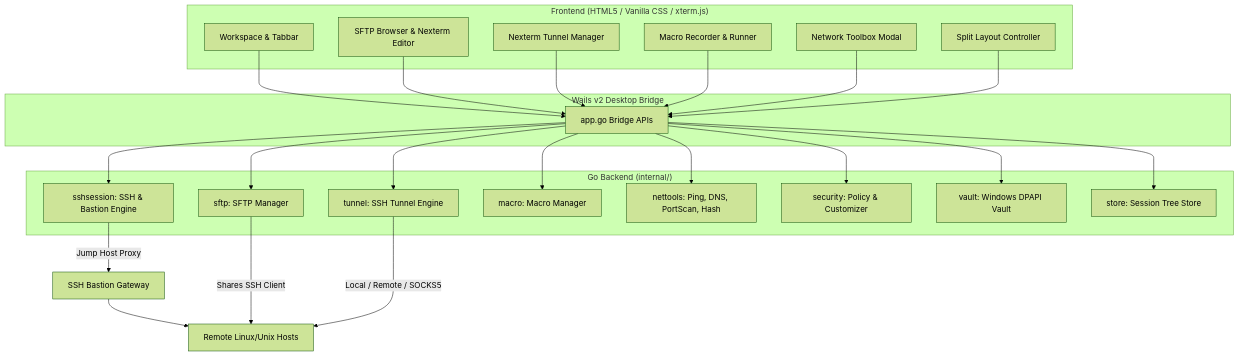
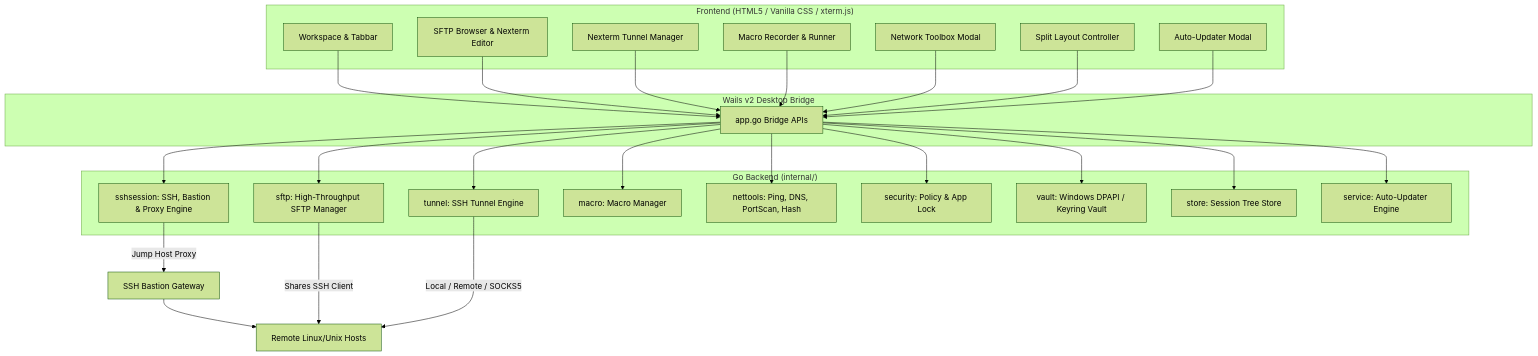
Before and after one commit to kunal-live/NexTerm: the diagram in README.md, drawn with Mermaid (forest theme). The commit also changed other lines of this file and 4 other files, not shown here.

````diff
--- a/README.md
+++ b/README.md
@@ -180,47 +210,51 @@
 ```mermaid
 graph TD
     subgraph Frontend ["Frontend (HTML5 / Vanilla CSS / xterm.js)"]
         UI[Workspace & Tabbar]
         SFTPUI[SFTP Browser & Nexterm Editor]
         TunnelUI[Nexterm Tunnel Manager]
         MacroUI[Macro Recorder & Runner]
         ToolsUI[Network Toolbox Modal]
         SplitMgr[Split Layout Controller]
+        UpdaterUI[Auto-Updater Modal]
     end
 
     subgraph Wails ["Wails v2 Desktop Bridge"]
         Bridge[app.go Bridge APIs]
     end
 
     subgraph Backend ["Go Backend (internal/)"]
-        SSH[sshsession: SSH & Bastion Engine]
-        SFTPMgr[sftp: SFTP Manager]
+        SSH[sshsession: SSH, Bastion & Proxy Engine]
+        SFTPMgr[sftp: High-Throughput SFTP Manager]
         TunnelMgr[tunnel: SSH Tunnel Engine]
         MacroMgr[macro: Macro Manager]
         NetTools[nettools: Ping, DNS, PortScan, Hash]
-        SecMgr[security: Policy & Customizer]
-        Vault[vault: Windows DPAPI Vault]
+        SecMgr[security: Policy & App Lock]
+        Vault[vault: Windows DPAPI / Keyring Vault]
         Store[store: Session Tree Store]
+        Updater[service: Auto-Updater Engine]
     end
 
     UI --> Bridge
     SFTPUI --> Bridge
     TunnelUI --> Bridge
     MacroUI --> Bridge
     ToolsUI --> Bridge
     SplitMgr --> Bridge
+    UpdaterUI --> Bridge
 
     Bridge --> SSH
     Bridge --> SFTPMgr
     Bridge --> TunnelMgr
     Bridge --> MacroMgr
     Bridge --> NetTools
     Bridge --> SecMgr
     Bridge --> Vault
     Bridge --> Store
+    Bridge --> Updater
 
     SSH -->|Jump Host Proxy| Bastion[SSH Bastion Gateway]
     Bastion --> Target[Remote Linux/Unix Hosts]
     SFTPMgr -->|Shares SSH Client| Target
     TunnelMgr -->|Local / Remote / SOCKS5| Target
 ```
````
